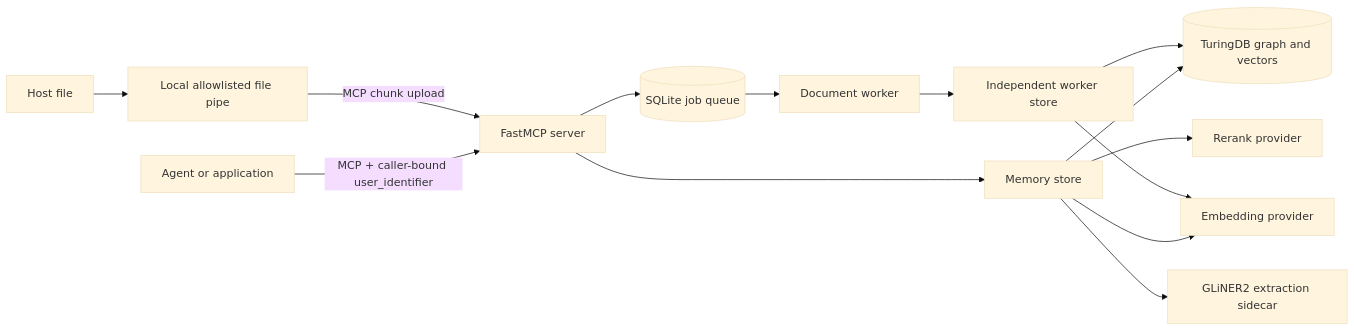
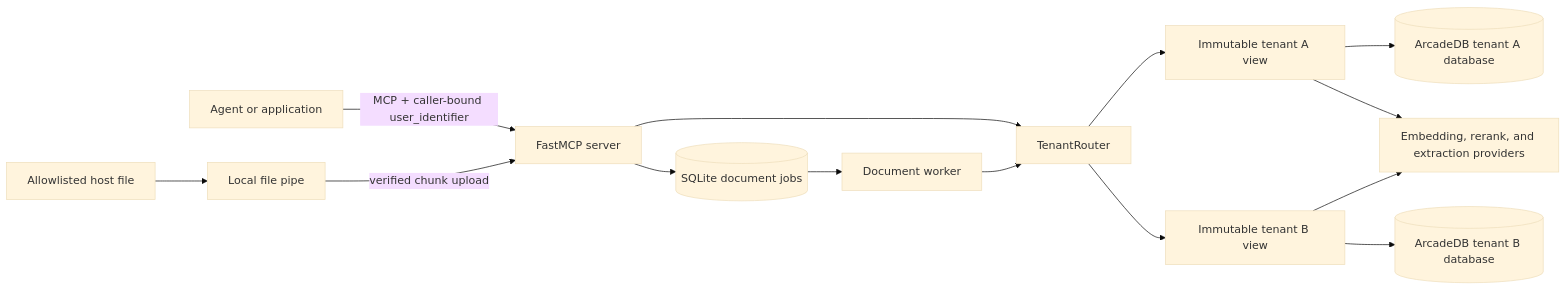
Before and after one commit to chetto1983/turing_AgentMemory_MCP: the diagram in docs/architecture.md, drawn with Mermaid (base theme). The commit also changed other lines of this file and 8 other files, not shown here.

````diff
--- a/docs/architecture.md
+++ b/docs/architecture.md
@@ -10,16 +10,16 @@
 ```mermaid
 flowchart LR
     Agent[Agent or application] -->|MCP + caller-bound user_identifier| MCP[FastMCP server]
-    HostFile[Host file] --> Pipe[Local allowlisted file pipe]
-    Pipe -->|MCP chunk upload| MCP
-    MCP --> Store[Memory store]
-    MCP --> Jobs[(SQLite job queue)]
+    HostFile[Allowlisted host file] --> Pipe[Local file pipe]
+    Pipe -->|verified chunk upload| MCP
+    MCP --> Resolver[TenantRouter]
+    MCP --> Jobs[(SQLite document jobs)]
     Jobs --> Worker[Document worker]
-    Worker --> StoreWorker[Independent worker store]
-    Store --> DB[(TuringDB graph and vectors)]
-    StoreWorker --> DB
-    Store --> Embed[Embedding provider]
-    StoreWorker --> Embed
-    Store --> Rerank[Rerank provider]
-    Store --> Extract[GLiNER2 extraction sidecar]
+    Worker --> Resolver
+    Resolver --> ViewA[Immutable tenant A view]
+    Resolver --> ViewB[Immutable tenant B view]
+    ViewA --> DBA[(ArcadeDB tenant A database)]
+    ViewB --> DBB[(ArcadeDB tenant B database)]
+    ViewA --> Providers[Embedding, rerank, and extraction providers]
+    ViewB --> Providers
 ```
````
